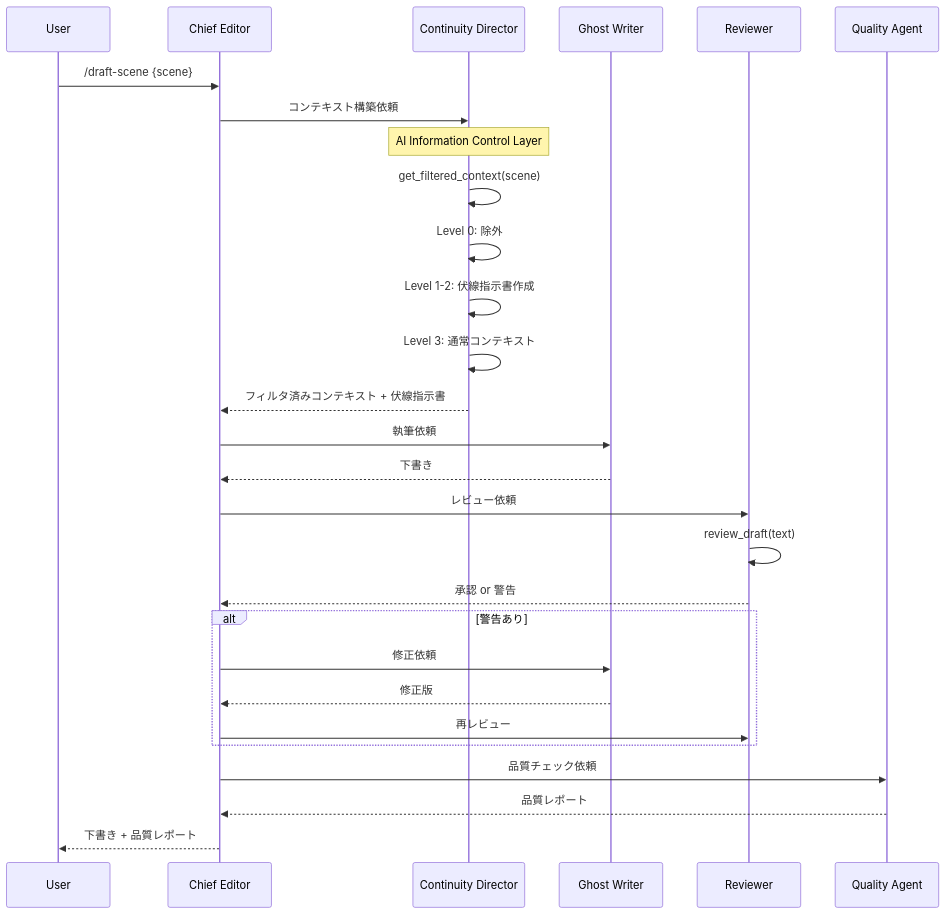
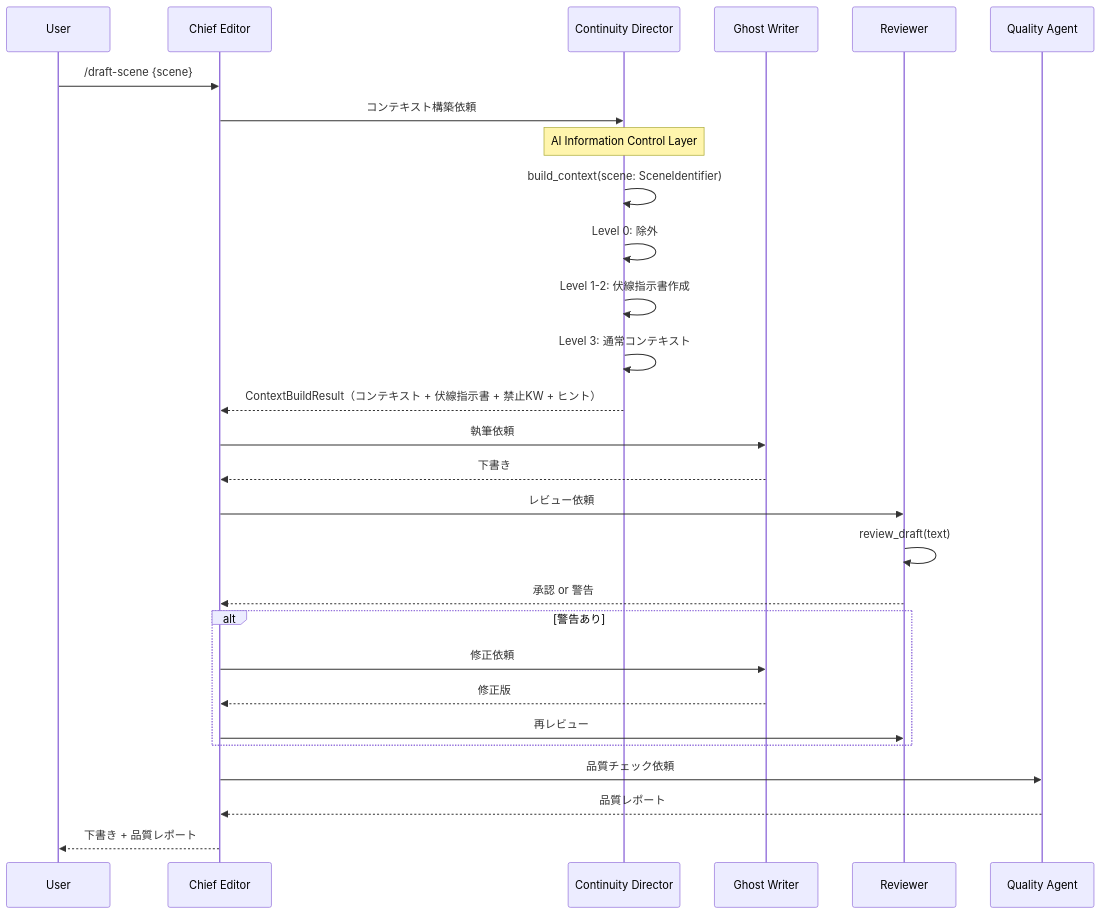
One commit to sougetuOte/Novel-Athanor-v2 changed the diagram in docs/specs/novel-generator-v2/02_architecture.md. Above: the diagram before and after it, drawn with Mermaid. The commit also changed other lines of this file and 6 other files, not shown here.

````diff
--- a/docs/specs/novel-generator-v2/02_architecture.md
+++ b/docs/specs/novel-generator-v2/02_architecture.md
@@ -222,37 +253,37 @@
 ```mermaid
 sequenceDiagram
     participant U as User
     participant C as Chief Editor
     participant D as Continuity Director
     participant W as Ghost Writer
     participant R as Reviewer
     participant Q as Quality Agent
 
     U->>C: /draft-scene {scene}
     C->>D: コンテキスト構築依頼
 
     Note over D: AI Information Control Layer
-    D->>D: get_filtered_context(scene)
+    D->>D: build_context(scene: SceneIdentifier)
     D->>D: Level 0: 除外
     D->>D: Level 1-2: 伏線指示書作成
     D->>D: Level 3: 通常コンテキスト
-    D-->>C: フィルタ済みコンテキスト + 伏線指示書
+    D-->>C: ContextBuildResult（コンテキスト + 伏線指示書 + 禁止KW + ヒント）
 
     C->>W: 執筆依頼
     W-->>C: 下書き
 
     C->>R: レビュー依頼
     R->>R: review_draft(text)
     R-->>C: 承認 or 警告
 
     alt 警告あり
         C->>W: 修正依頼
         W-->>C: 修正版
         C->>R: 再レビュー
     end
 
     C->>Q: 品質チェック依頼
     Q-->>C: 品質レポート
 
     C-->>U: 下書き + 品質レポート
 ```
````
